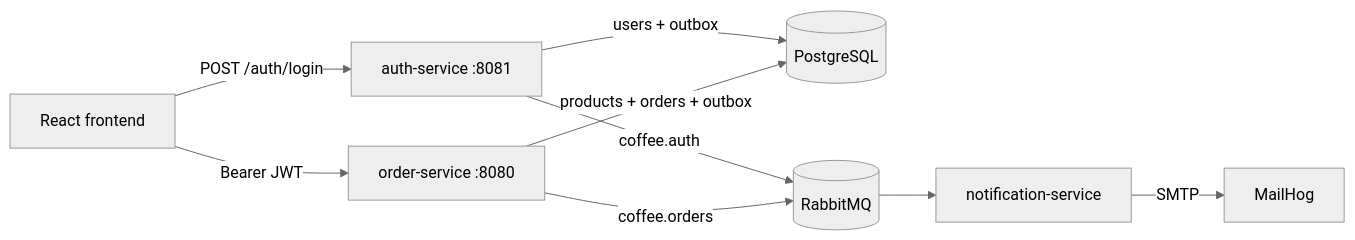
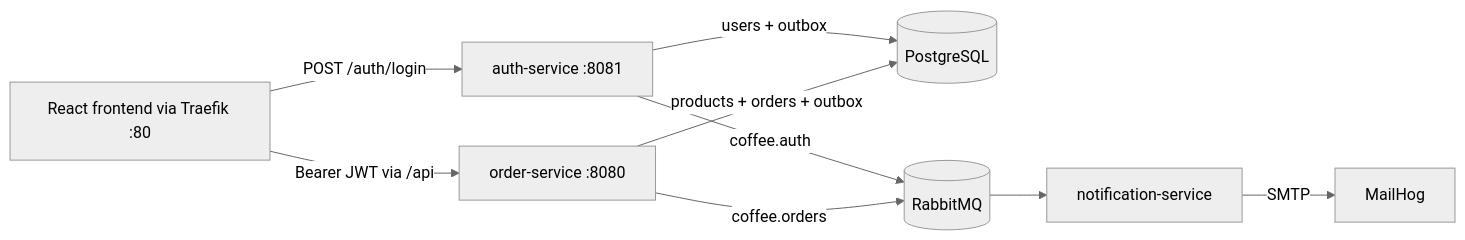
Before and after one commit to osamah22/coffee-service: the diagram in README.md, drawn with Mermaid (neutral theme). The commit also changed other lines of this file and 5 other files, not shown here.

````diff
--- a/README.md
+++ b/README.md
@@ -26,11 +26,11 @@
 ```mermaid
 flowchart LR
-  Browser[React frontend] -->|POST /auth/login| AuthAPI[auth-service :8081]
-  Browser -->|Bearer JWT| OrderAPI[order-service :8080]
+  Browser[React frontend via Traefik :80] -->|POST /auth/login| AuthAPI[auth-service :8081]
+  Browser -->|Bearer JWT via /api| OrderAPI[order-service :8080]
   AuthAPI -->|users + outbox| PG[(PostgreSQL)]
   OrderAPI -->|products + orders + outbox| PG
   AuthAPI -->|coffee.auth| RMQ[(RabbitMQ)]
   OrderAPI -->|coffee.orders| RMQ
   RMQ --> Notify[notification-service]
   Notify -->|SMTP| MailHog[MailHog]
 ```
````
